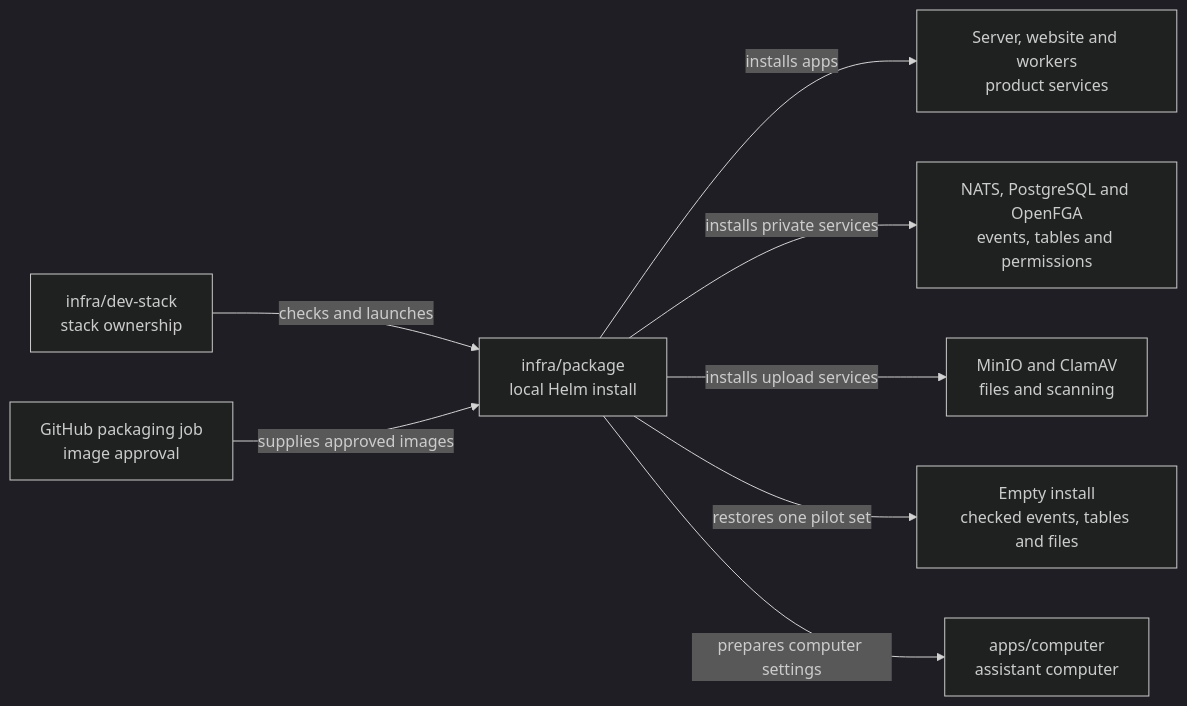
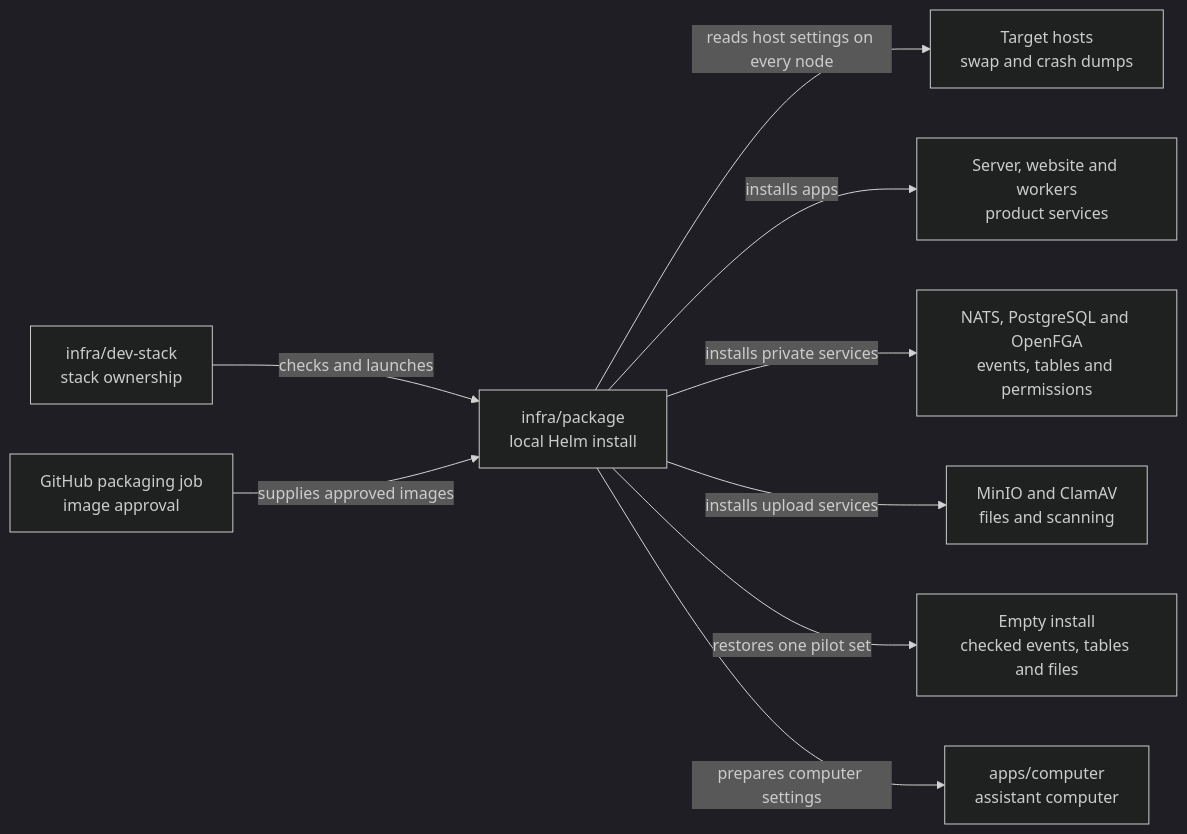
Before and after one commit to elewa-git/opencrane-new: the diagram in infra/package/README.md, drawn with Mermaid (dark theme). The commit also changed other lines of this file and 14 other files, not shown here.

Commit message:
🛡️ Check target hosts before package installation

````diff
--- a/infra/package/README.md
+++ b/infra/package/README.md
@@ -18,10 +18,11 @@
 ```mermaid
 flowchart LR
   stack["infra/dev-stack<br/>stack ownership"] -->|checks and launches| package["infra/package<br/>local Helm install"]
   packaging["GitHub packaging job<br/>image approval"] -->|supplies approved images| package
+  package -->|reads host settings on every node| hosts["Target hosts<br/>swap and crash dumps"]
   package -->|installs apps| apps["Server, website and workers<br/>product services"]
   package -->|installs private services| services["NATS, PostgreSQL and OpenFGA<br/>events, tables and permissions"]
   package -->|installs upload services| files["MinIO and ClamAV<br/>files and scanning"]
   package -->|restores one pilot set| restore["Empty install<br/>checked events, tables and files"]
   package -->|prepares computer settings| computer["apps/computer<br/>assistant computer"]
 ```
````
